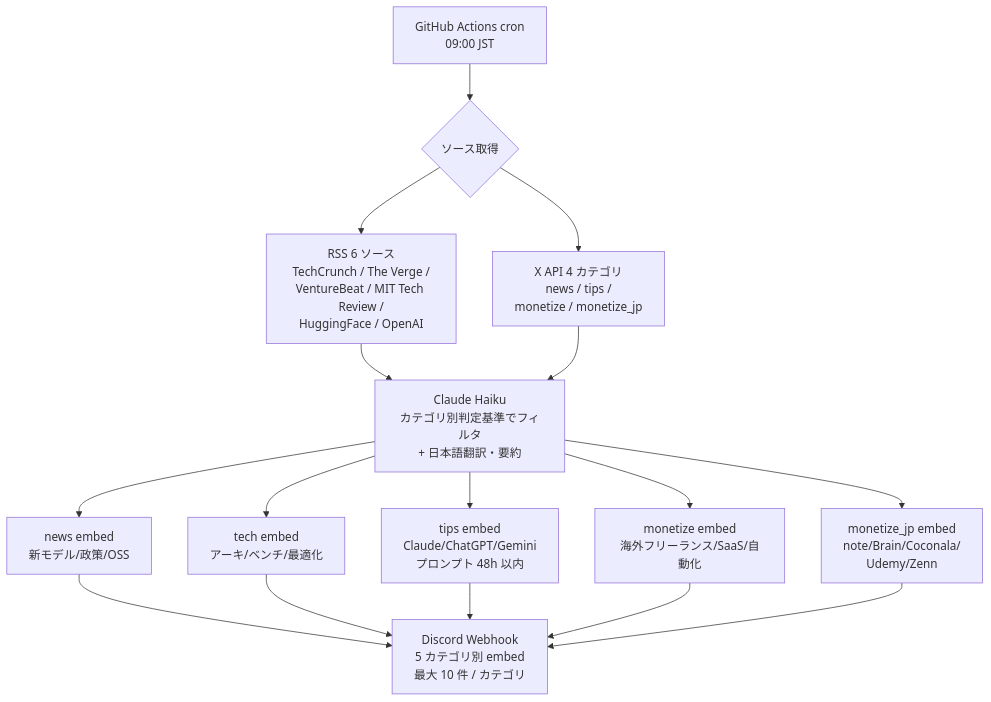
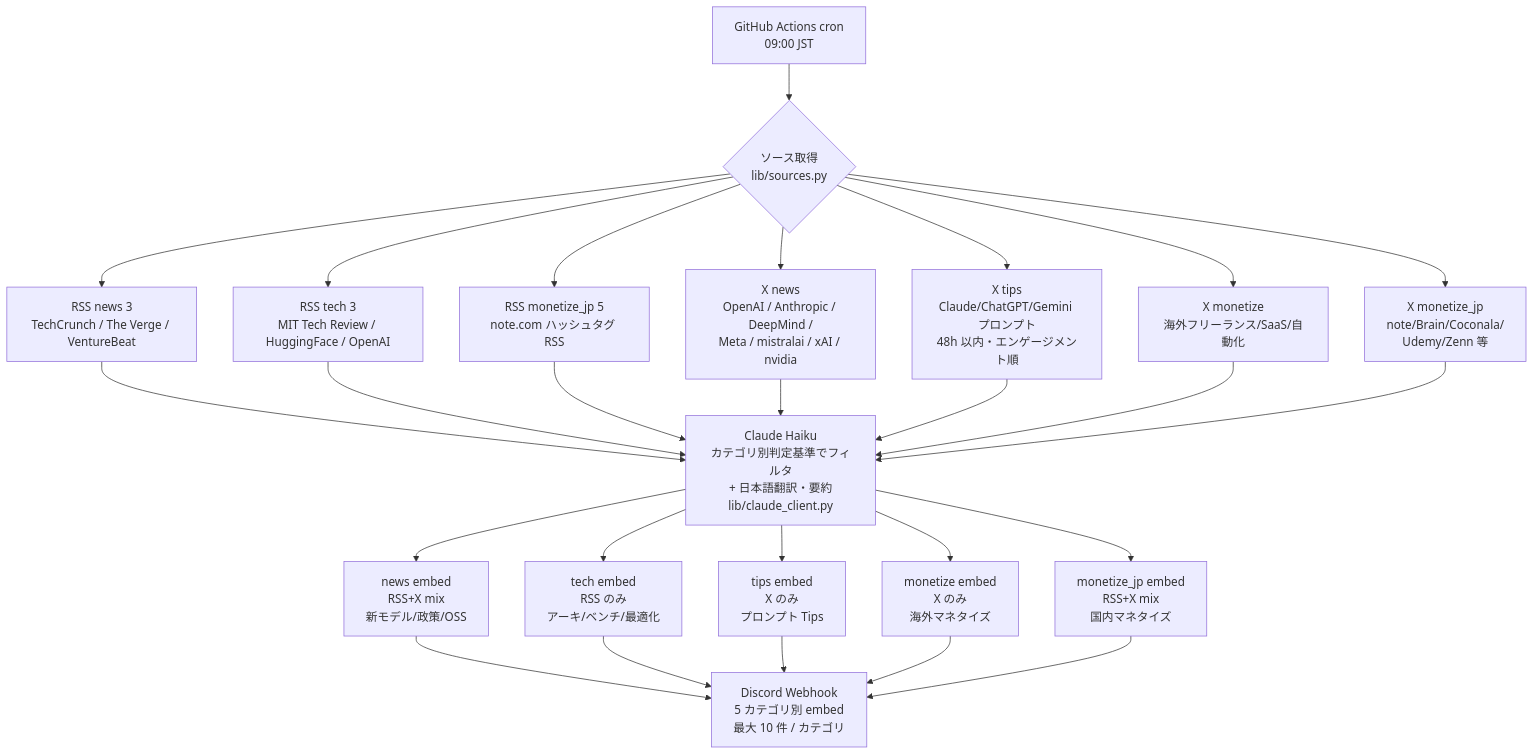
Before and after one commit to tanasato118/captain-hook-ai-daily: the diagram in README.md, drawn with Mermaid. The commit also changed other lines of this file, not shown here.

Commit message:
docs(readme): fix RSS source count and category routing accuracy
Codex 敵対的レビュー指摘の accuracy 修正:
- RSS ソース: 「6 ソース」← 実装「11 フィード（news 3 + tech 3 + monetize_jp 5 note.com ハッシュタグ RSS）」に修正
- ファイル名: lib/sources.py 単一ファイル（lib/x_client.py や lib/rss_client.py は存在しない）と明示
- Mermaid 流入経路: news と monetize_jp が RSS+X 双方流入、tech は RSS のみ、tips/monetize は X のみ、を視覚化
- アーキテクチャ ASCII 図にカテゴリ別取得経路セクション追加

````diff
--- a/README.md
+++ b/README.md
@@ -58,18 +76,28 @@
 ```mermaid
 flowchart TD
-    A[GitHub Actions cron<br/>09:00 JST] --> B{ソース取得}
-    B --> C[RSS 6 ソース<br/>TechCrunch / The Verge /<br/>VentureBeat / MIT Tech Review /<br/>HuggingFace / OpenAI]
-    B --> D[X API 4 カテゴリ<br/>news / tips /<br/>monetize / monetize_jp]
-    C --> E[Claude Haiku<br/>カテゴリ別判定基準でフィルタ<br/>+ 日本語翻訳・要約]
-    D --> E
-    E --> F1[news embed<br/>新モデル/政策/OSS]
-    E --> F2[tech embed<br/>アーキ/ベンチ/最適化]
-    E --> F3[tips embed<br/>Claude/ChatGPT/Gemini<br/>プロンプト 48h 以内]
-    E --> F4[monetize embed<br/>海外フリーランス/SaaS/自動化]
-    E --> F5[monetize_jp embed<br/>note/Brain/Coconala/<br/>Udemy/Zenn]
+    A[GitHub Actions cron<br/>09:00 JST] --> B{ソース取得<br/>lib/sources.py}
+    B --> C1[RSS news 3<br/>TechCrunch / The Verge / VentureBeat]
+    B --> C2[RSS tech 3<br/>MIT Tech Review / HuggingFace / OpenAI]
+    B --> C3[RSS monetize_jp 5<br/>note.com ハッシュタグ RSS]
+    B --> D1[X news<br/>OpenAI / Anthropic / DeepMind /<br/>Meta / mistralai / xAI / nvidia]
+    B --> D2[X tips<br/>Claude/ChatGPT/Gemini プロンプト<br/>48h 以内・エンゲージメント順]
+    B --> D3[X monetize<br/>海外フリーランス/SaaS/自動化]
+    B --> D4[X monetize_jp<br/>note/Brain/Coconala/<br/>Udemy/Zenn 等]
+    C1 --> E[Claude Haiku<br/>カテゴリ別判定基準でフィルタ<br/>+ 日本語翻訳・要約<br/>lib/claude_client.py]
+    C2 --> E
+    C3 --> E
+    D1 --> E
+    D2 --> E
+    D3 --> E
+    D4 --> E
+    E --> F1[news embed<br/>RSS+X mix<br/>新モデル/政策/OSS]
+    E --> F2[tech embed<br/>RSS のみ<br/>アーキ/ベンチ/最適化]
+    E --> F3[tips embed<br/>X のみ<br/>プロンプト Tips]
+    E --> F4[monetize embed<br/>X のみ<br/>海外マネタイズ]
+    E --> F5[monetize_jp embed<br/>RSS+X mix<br/>国内マネタイズ]
     F1 --> G[Discord Webhook<br/>5 カテゴリ別 embed<br/>最大 10 件 / カテゴリ]
     F2 --> G
     F3 --> G
     F4 --> G
     F5 --> G
 ```
````
